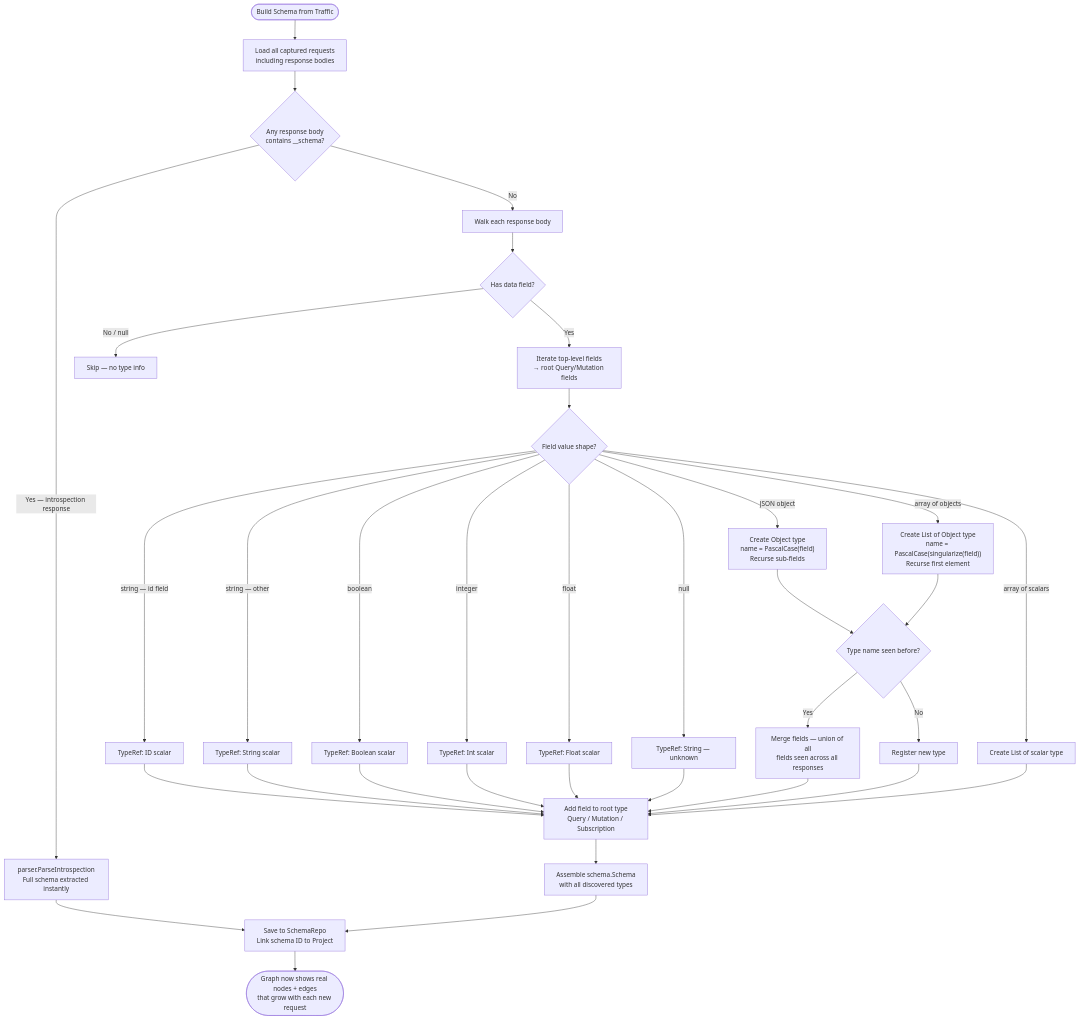
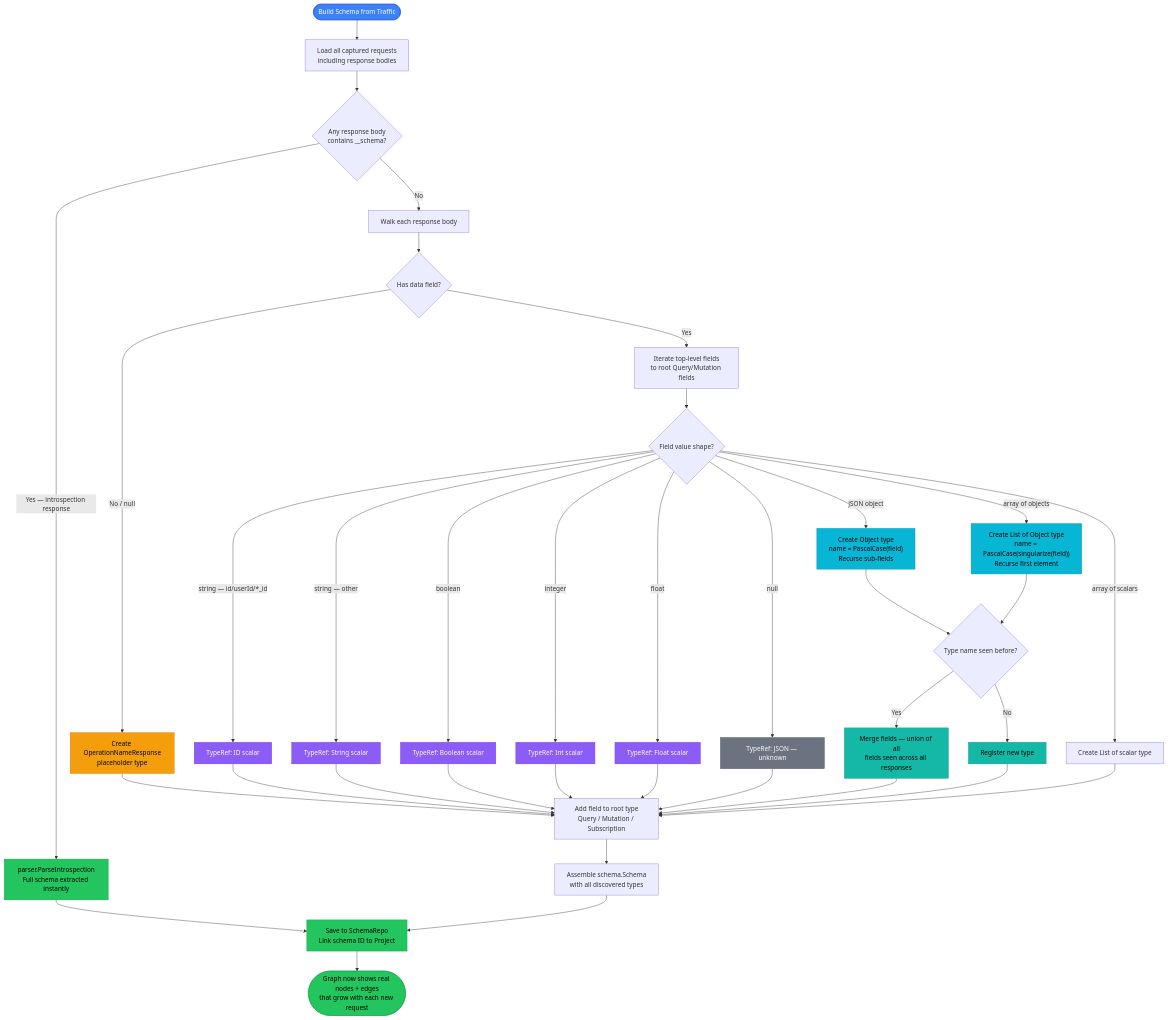
The fifth of 8 diagrams in README.md (0xDTC/0xGQLForge), drawn with Mermaid before and after one commit. The commit also changed other lines of this file and 9 other files, not shown here.

````diff
--- a/README.md
+++ b/README.md
@@ -277,36 +392,52 @@
 ```mermaid
 flowchart TD
     START([Build Schema from Traffic]) --> LOAD[Load all captured requests<br/>including response bodies]
 
     LOAD --> INTRO{Any response body<br/>contains __schema?}
 
     INTRO -->|Yes — introspection response| FULL[parser.ParseIntrospection<br/>Full schema extracted instantly]
     FULL --> SAVE
 
     INTRO -->|No| WALK[Walk each response body]
 
     WALK --> DATA{"Has data field?"}
-    DATA -->|No / null| SKIP[Skip — no type info]
-    DATA -->|Yes| FIELDS[Iterate top-level fields<br/>→ root Query/Mutation fields]
+    DATA -->|No / null| FALLBACK[Create OperationNameResponse<br/>placeholder type]
+    DATA -->|Yes| FIELDS[Iterate top-level fields<br/>to root Query/Mutation fields]
 
     FIELDS --> VAL{Field value shape?}
-    VAL -->|string — id field| IDS[TypeRef: ID scalar]
+    VAL -->|string — id/userId/*_id| IDS[TypeRef: ID scalar]
     VAL -->|string — other| STR[TypeRef: String scalar]
     VAL -->|boolean| BOOL[TypeRef: Boolean scalar]
     VAL -->|integer| INT[TypeRef: Int scalar]
     VAL -->|float| FLT[TypeRef: Float scalar]
-    VAL -->|null| UNK[TypeRef: String — unknown]
+    VAL -->|null| UNK[TypeRef: JSON — unknown]
     VAL -->|JSON object| OBJ["Create Object type<br/>name = PascalCase(field)<br/>Recurse sub-fields"]
     VAL -->|array of objects| LIST["Create List of Object type<br/>name = PascalCase(singularize(field))<br/>Recurse first element"]
     VAL -->|array of scalars| SLST[Create List of scalar type]
 
     OBJ & LIST --> MERGE{Type name seen before?}
     MERGE -->|Yes| MRG[Merge fields — union of all<br/>fields seen across all responses]
     MERGE -->|No| NEW[Register new type]
 
-    IDS & STR & BOOL & INT & FLT & UNK & MRG & NEW & SLST --> ROOT[Add field to root type<br/>Query / Mutation / Subscription]
+    IDS & STR & BOOL & INT & FLT & UNK & FALLBACK & MRG & NEW & SLST --> ROOT[Add field to root type<br/>Query / Mutation / Subscription]
 
     ROOT --> BUILD[Assemble schema.Schema<br/>with all discovered types]
     BUILD --> SAVE[Save to SchemaRepo<br/>Link schema ID to Project]
     SAVE --> GRAPH([Graph now shows real nodes + edges<br/>that grow with each new request])
+
+    style START fill:#3b82f6,color:#fff,stroke:#1d4ed8
+    style FULL fill:#22c55e,color:#000,stroke:#16a34a
+    style SAVE fill:#22c55e,color:#000,stroke:#16a34a
+    style GRAPH fill:#22c55e,color:#000,stroke:#16a34a
+    style OBJ fill:#06b6d4,color:#000,stroke:#0891b2
+    style LIST fill:#06b6d4,color:#000,stroke:#0891b2
+    style FALLBACK fill:#f59e0b,color:#000,stroke:#d97706
+    style IDS fill:#8b5cf6,color:#fff,stroke:#7c3aed
+    style STR fill:#8b5cf6,color:#fff,stroke:#7c3aed
+    style BOOL fill:#8b5cf6,color:#fff,stroke:#7c3aed
+    style INT fill:#8b5cf6,color:#fff,stroke:#7c3aed
+    style FLT fill:#8b5cf6,color:#fff,stroke:#7c3aed
+    style UNK fill:#6b7280,color:#fff,stroke:#4b5563
+    style MRG fill:#14b8a6,color:#000,stroke:#0d9488
+    style NEW fill:#14b8a6,color:#000,stroke:#0d9488
 ```
````
